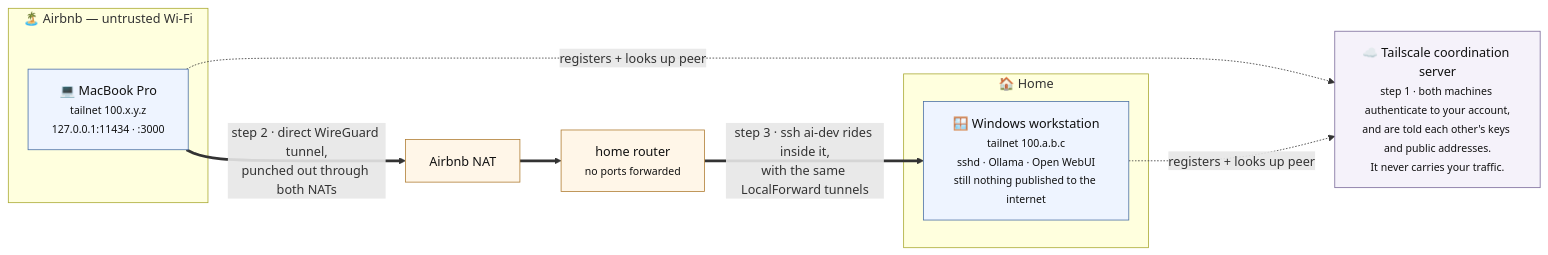
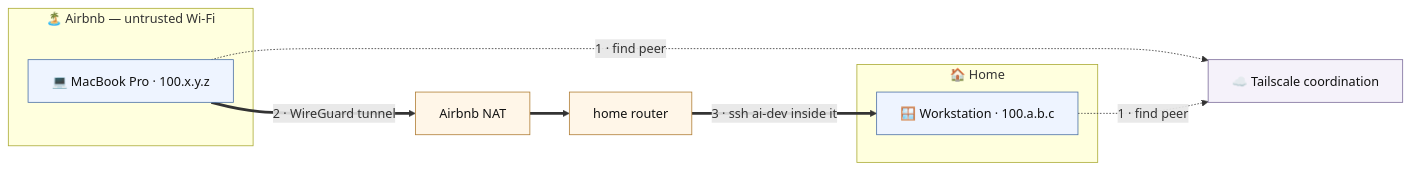
The third of 3 diagrams in docs/architecture.md (beibeiyang/local-ai-workstation), drawn with Mermaid before and after one commit. The commit also changed other lines of this file and 1 other file, not shown here.

Commit message:
fix diagram labels

````diff
--- a/docs/architecture.md
+++ b/docs/architecture.md
@@ -189,28 +189,28 @@
 ```mermaid
 flowchart LR
-    ts["☁️ Tailscale coordination server<br/><small>step 1 · both machines authenticate to your account,<br/>and are told each other's keys and public addresses.<br/>It never carries your traffic.</small>"]
+    ts["☁️ Tailscale coordination"]
 
     subgraph bnb["🏝️ Airbnb — untrusted Wi-Fi"]
-        mac["💻 MacBook Pro<br/><small>tailnet 100.x.y.z<br/>127.0.0.1:11434 · :3000</small>"]
+        mac["💻 MacBook Pro · 100.x.y.z"]
     end
 
     nat1["Airbnb NAT"]
-    nat2["home router<br/><small>no ports forwarded</small>"]
+    nat2["home router"]
 
     subgraph home["🏠 Home"]
-        win["🪟 Windows workstation<br/><small>tailnet 100.a.b.c<br/>sshd · Ollama · Open WebUI<br/>still nothing published to the internet</small>"]
+        win["🪟 Workstation · 100.a.b.c"]
     end
 
-    mac -. "registers + looks up peer" .-> ts
-    win -. "registers + looks up peer" .-> ts
-    mac ==> |"step 2 · direct WireGuard tunnel,<br/>punched out through both NATs"| nat1
+    mac -. "1 · find peer" .-> ts
+    win -. "1 · find peer" .-> ts
+    mac ==> |"2 · WireGuard tunnel"| nat1
     nat1 ==> nat2
-    nat2 ==> |"step 3 · ssh ai-dev rides inside it,<br/>with the same LocalForward tunnels"| win
+    nat2 ==> |"3 · ssh ai-dev inside it"| win
 
     classDef device fill:#eef4ff,stroke:#4a6fa5,color:#111
     classDef infra fill:#f5f2fa,stroke:#7a6a9a,color:#111
     classDef nat fill:#fff6e8,stroke:#b07d34,color:#111
     class mac,win device
     class ts infra
     class nat1,nat2 nat
 ```
````
